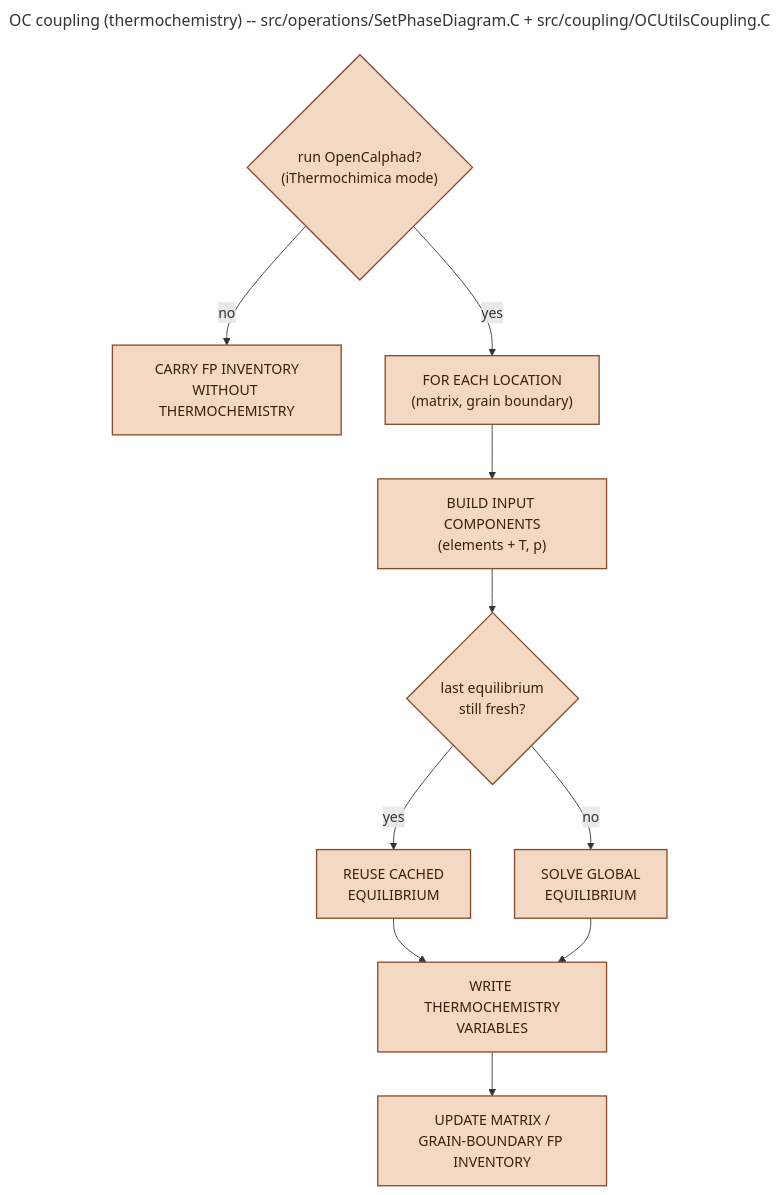
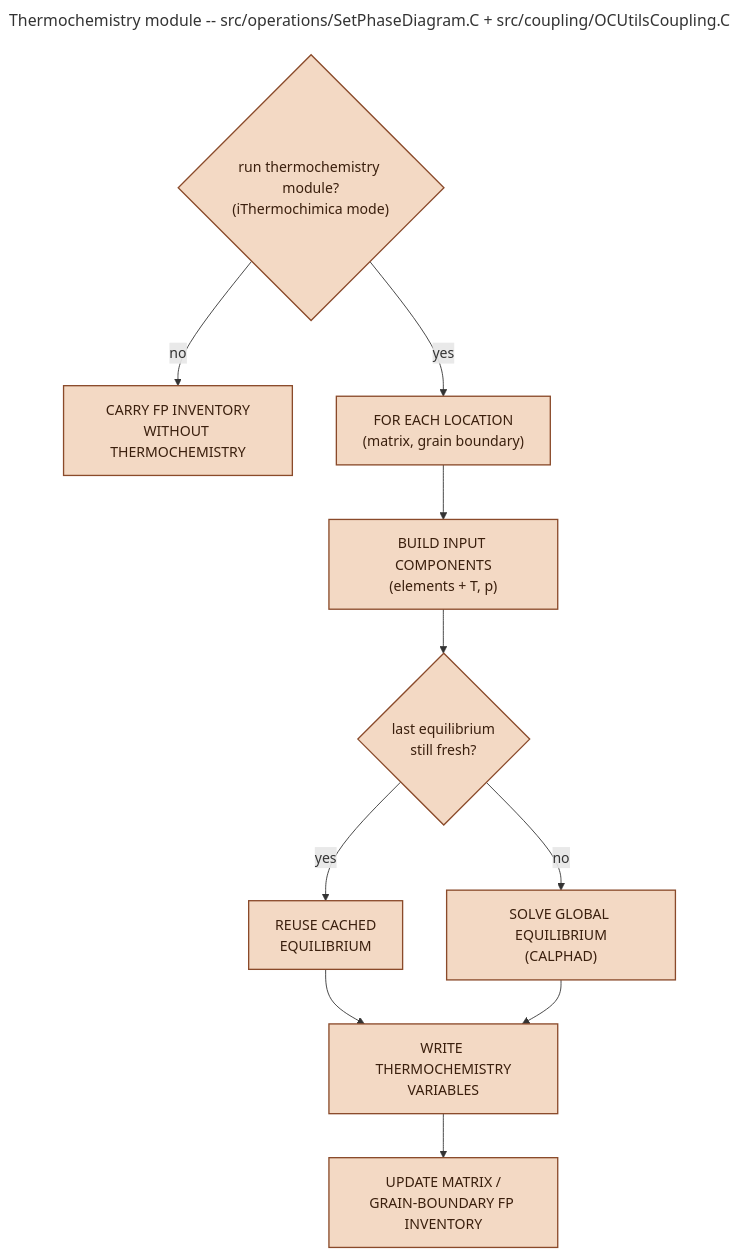
The diagram in utilities/workflow/OCcoupling.mmd (sciantix/sciantix-official), drawn with Mermaid before and after one commit. The commit also changed 2 other files, not shown here.

```diff
--- a/utilities/workflow/OCcoupling.mmd
+++ b/utilities/workflow/OCcoupling.mmd
@@ -1,22 +1,22 @@
 ---
-title: OC coupling (thermochemistry) -- src/operations/SetPhaseDiagram.C + src/coupling/OCUtilsCoupling.C
+title: "Thermochemistry module -- src/operations/SetPhaseDiagram.C + src/coupling/OCUtilsCoupling.C"
 ---
 flowchart TB
-    O1{"run OpenCalphad?<br/>(iThermochimica mode)"}
+    O1{"run thermochemistry module?<br/>(iThermochimica mode)"}
     Oskip["CARRY FP INVENTORY<br/>WITHOUT THERMOCHEMISTRY"]
     O2["FOR EACH LOCATION<br/>(matrix, grain boundary)"]
     O3["BUILD INPUT COMPONENTS<br/>(elements + T, p)"]
     O4{"last equilibrium<br/>still fresh?"}
     O5["REUSE CACHED<br/>EQUILIBRIUM"]
-    O6["SOLVE GLOBAL<br/>EQUILIBRIUM"]
+    O6["SOLVE GLOBAL EQUILIBRIUM<br/>(CALPHAD)"]
     O7["WRITE THERMOCHEMISTRY<br/>VARIABLES"]
     O8["UPDATE MATRIX /<br/>GRAIN-BOUNDARY FP INVENTORY"]
 
     O1 -- no --> Oskip
     O1 -- yes --> O2 --> O3 --> O4
     O4 -- yes --> O5 --> O7
     O4 -- no --> O6 --> O7
     O7 --> O8
 
     classDef simOc fill:#F3D9C4,stroke:#8A4A2A,stroke-width:1.5px,color:#3a1f0d;
     class O1,Oskip,O2,O3,O4,O5,O6,O7,O8 simOc;
```
